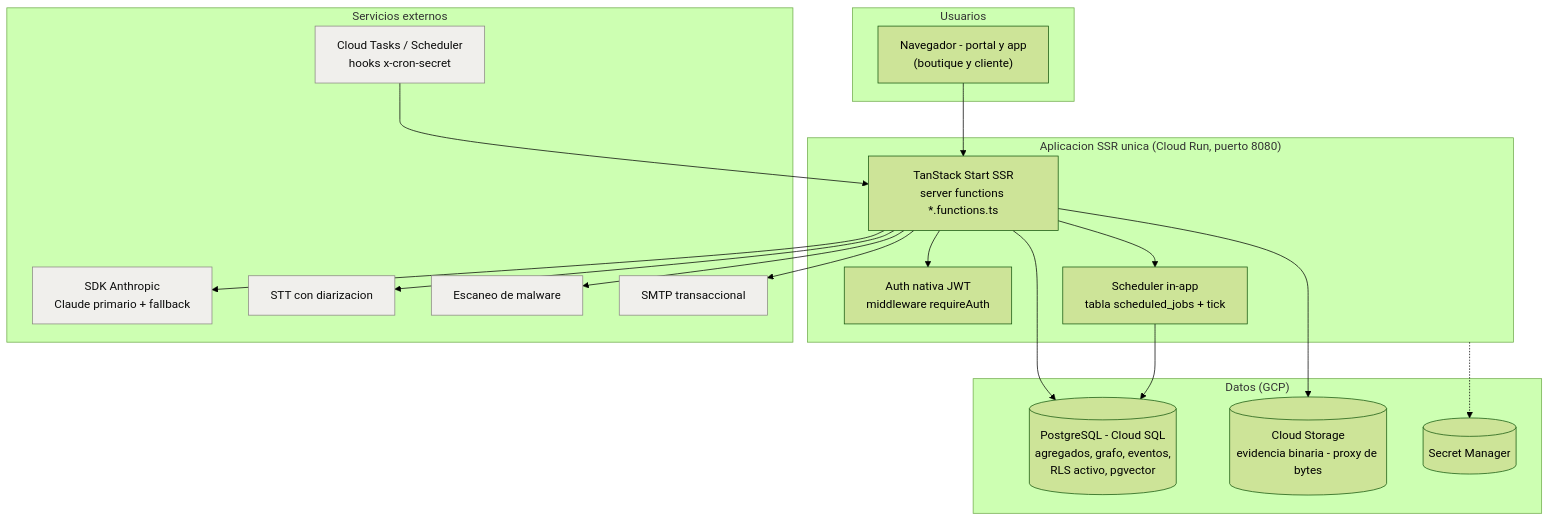
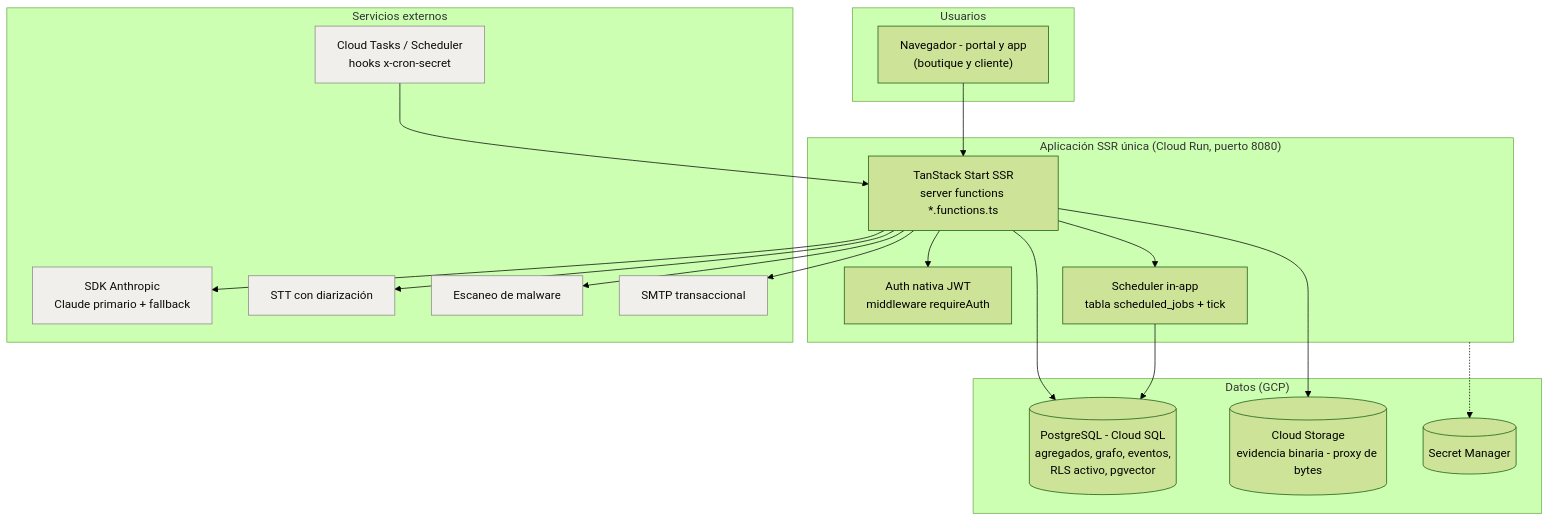
Before and after one commit to jtrujillo-ws/designio-app: the first of 2 diagrams in docs/06-diseno-tecnico/diseno-tecnico.md, drawn with Mermaid (forest theme). The commit also changed other lines of this file and 4 other files, not shown here.

````diff
--- a/docs/06-diseno-tecnico/diseno-tecnico.md
+++ b/docs/06-diseno-tecnico/diseno-tecnico.md
@@ -113,42 +113,42 @@
 ```mermaid
 flowchart TD
   subgraph Clientes["Usuarios"]
     B["Navegador - portal y app<br/>(boutique y cliente)"]
   end
 
-  subgraph App["Aplicacion SSR unica (Cloud Run, puerto 8080)"]
+  subgraph App["Aplicación SSR única (Cloud Run, puerto 8080)"]
     W["TanStack Start SSR<br/>server functions *.functions.ts"]
     AUTH["Auth nativa JWT<br/>middleware requireAuth"]
     SCH["Scheduler in-app<br/>tabla scheduled_jobs + tick"]
   end
 
   subgraph Datos["Datos (GCP)"]
     PG[("PostgreSQL - Cloud SQL<br/>agregados, grafo, eventos,<br/>RLS activo, pgvector")]
     OS[("Cloud Storage<br/>evidencia binaria - proxy de bytes")]
     SM[("Secret Manager")]
   end
 
   subgraph Ext["Servicios externos"]
     LLM["SDK Anthropic<br/>Claude primario + fallback"]
-    STT["STT con diarizacion"]
+    STT["STT con diarización"]
     AV["Escaneo de malware"]
     MAIL["SMTP transaccional"]
     CT["Cloud Tasks / Scheduler<br/>hooks x-cron-secret"]
   end
 
   B --> W
   W --> AUTH
   W --> PG
   W --> OS
   W --> SCH
   SCH --> PG
   CT --> W
   W --> LLM
   W --> STT
   W --> AV
   W --> MAIL
   App -.-> SM
 
   classDef ext fill:#f0efec,stroke:#898781,color:#0b0b0b
   class LLM,STT,AV,MAIL,CT ext
 ```
````
